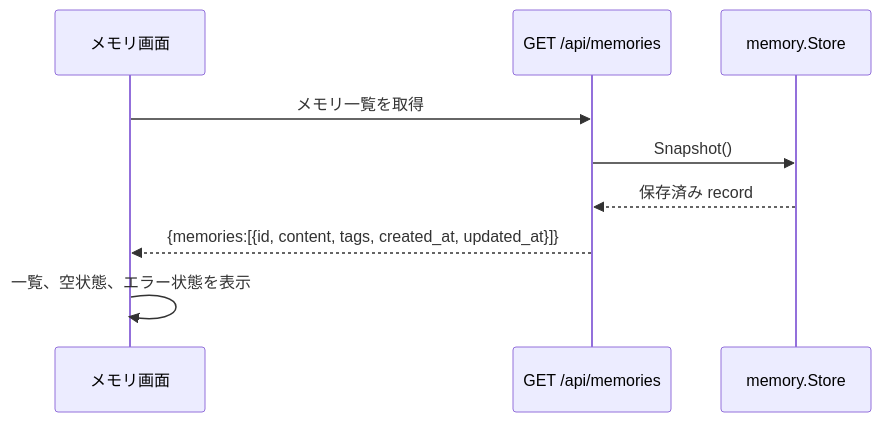
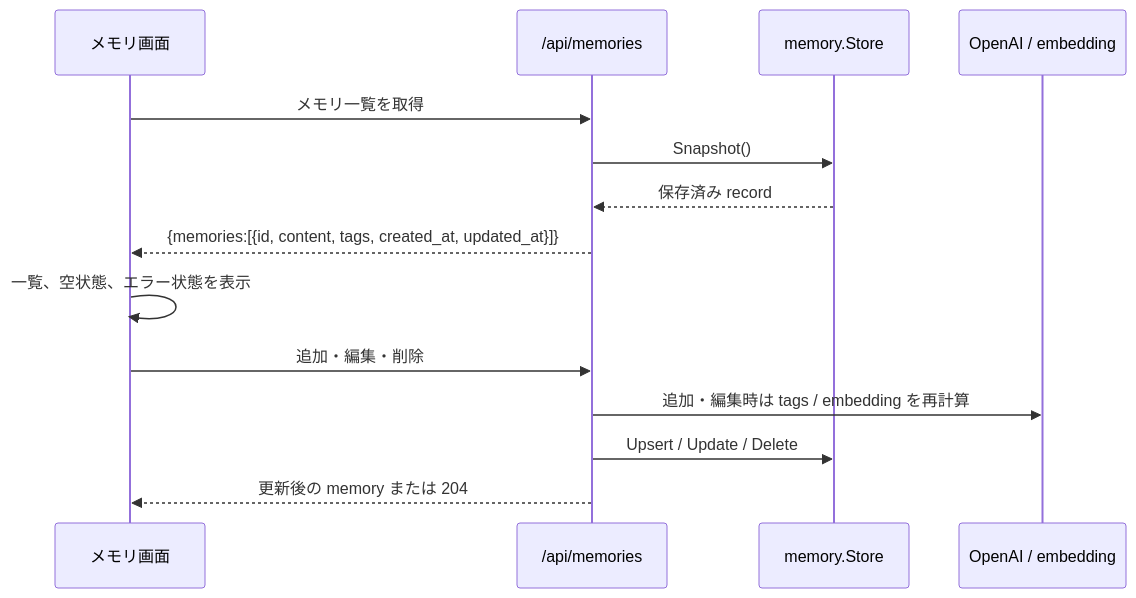
One commit to tetetratra/smart-speaker changed the third of 3 diagrams in docs/hooks/memory.md. Above: the diagram before and after it, drawn with Mermaid. The commit also changed other lines of this file and 10 other files, not shown here.

````diff
--- a/docs/hooks/memory.md
+++ b/docs/hooks/memory.md
@@ -132,12 +134,17 @@
 ```mermaid
 sequenceDiagram
     participant UI as メモリ画面
-    participant HTTP as GET /api/memories
+    participant HTTP as /api/memories
     participant Store as memory.Store
+    participant AI as OpenAI / embedding
 
     UI->>HTTP: メモリ一覧を取得
     HTTP->>Store: Snapshot()
     Store-->>HTTP: 保存済み record
     HTTP-->>UI: {memories:[{id, content, tags, created_at, updated_at}]}
     UI->>UI: 一覧、空状態、エラー状態を表示
+    UI->>HTTP: 追加・編集・削除
+    HTTP->>AI: 追加・編集時は tags / embedding を再計算
+    HTTP->>Store: Upsert / Update / Delete
+    HTTP-->>UI: 更新後の memory または 204
 ```
````
